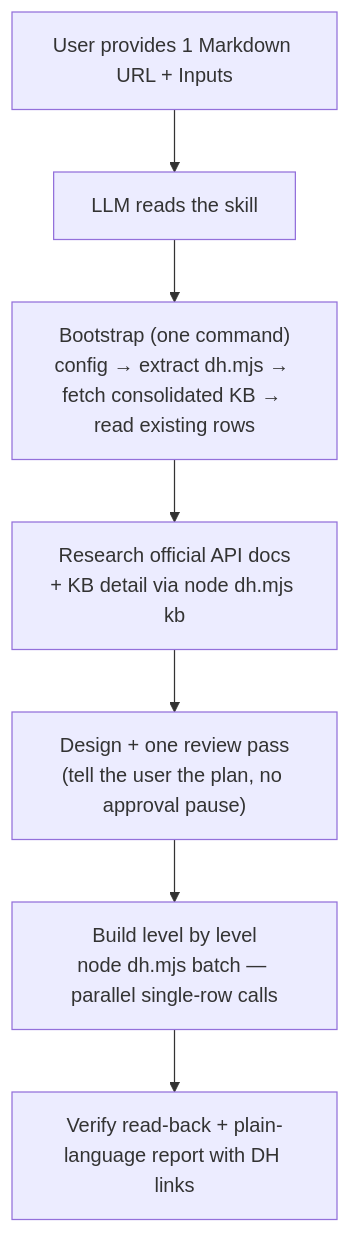
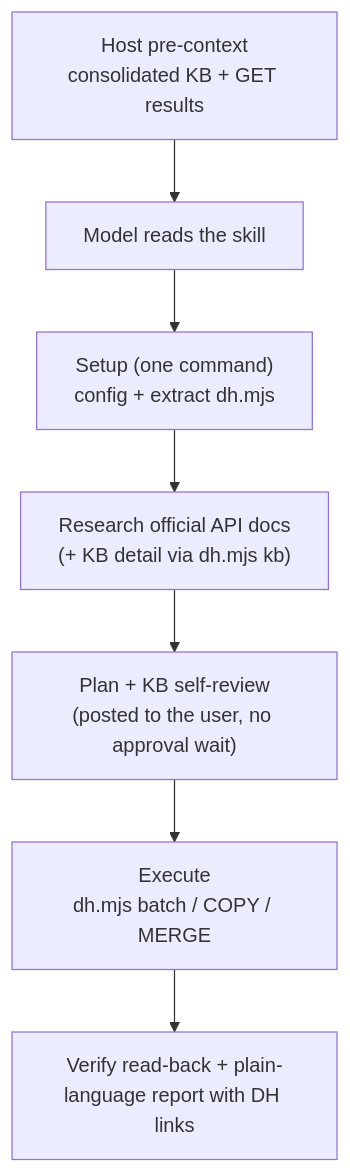
Before and after one commit to RoystonSanctis/dh-planner-viasocket: the diagram in skills/skill-architecture.md, drawn with Mermaid. The commit also changed other lines of this file and 5 other files, not shown here.

````diff
--- a/skills/skill-architecture.md
+++ b/skills/skill-architecture.md
@@ -98,9 +82,9 @@
 ```mermaid
 flowchart TD
-    User["User provides 1 Markdown URL + Inputs"] --> LLM["LLM reads the skill"]
-    LLM --> Boot["Bootstrap (one command)\nconfig → extract dh.mjs → fetch consolidated KB → read existing rows"]
-    Boot --> Research["Research official API docs\n+ KB detail via node dh.mjs kb"]
-    Research --> Design["Design + one review pass\n(tell the user the plan, no approval pause)"]
-    Design --> Build["Build level by level\nnode dh.mjs batch — parallel single-row calls"]
-    Build --> Report["Verify read-back + plain-language report with DH links"]
+    Host["Host pre-context\nconsolidated KB + GET results"] --> LLM["Model reads the skill"]
+    LLM --> Setup["Setup (one command)\nconfig + extract dh.mjs"]
+    Setup --> Research["Research official API docs\n(+ KB detail via dh.mjs kb)"]
+    Research --> Plan["Plan + KB self-review\n(posted to the user, no approval wait)"]
+    Plan --> Exec["Execute\ndh.mjs batch / COPY / MERGE"]
+    Exec --> Report["Verify read-back + plain-language report with DH links"]
 ```
````
